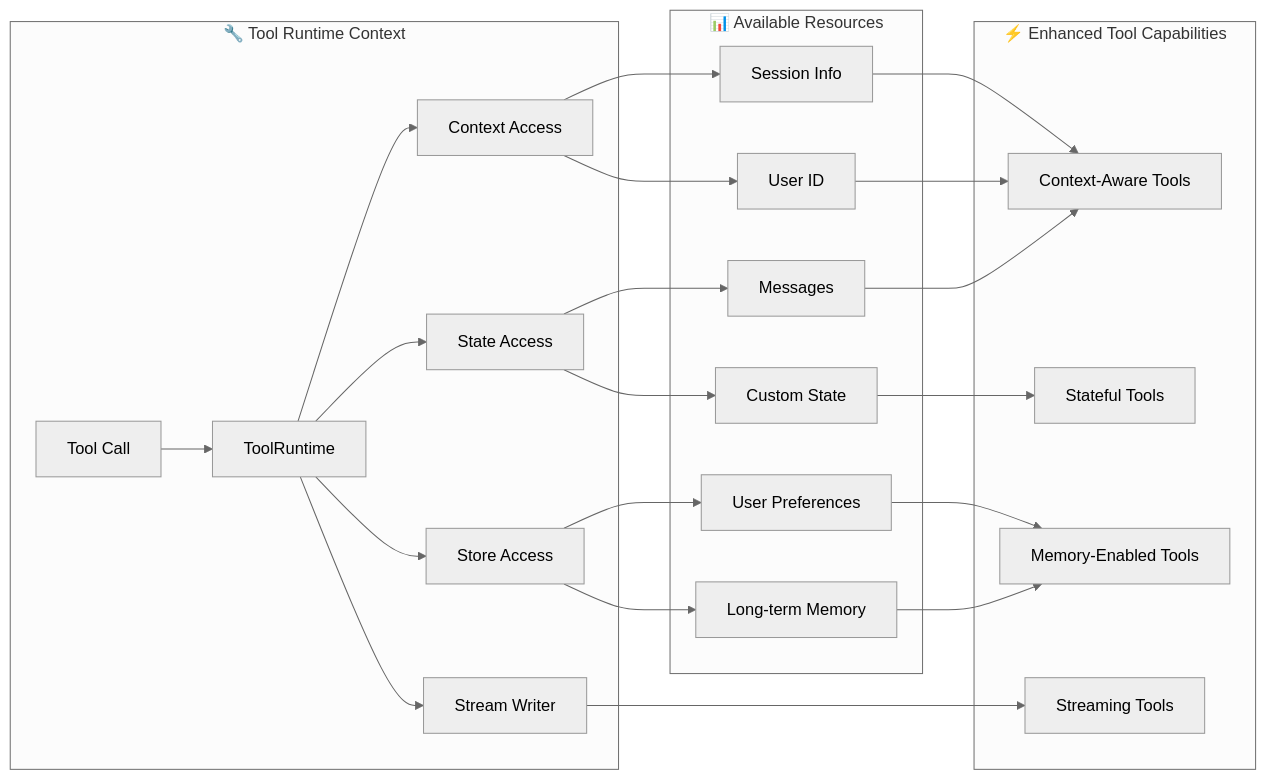
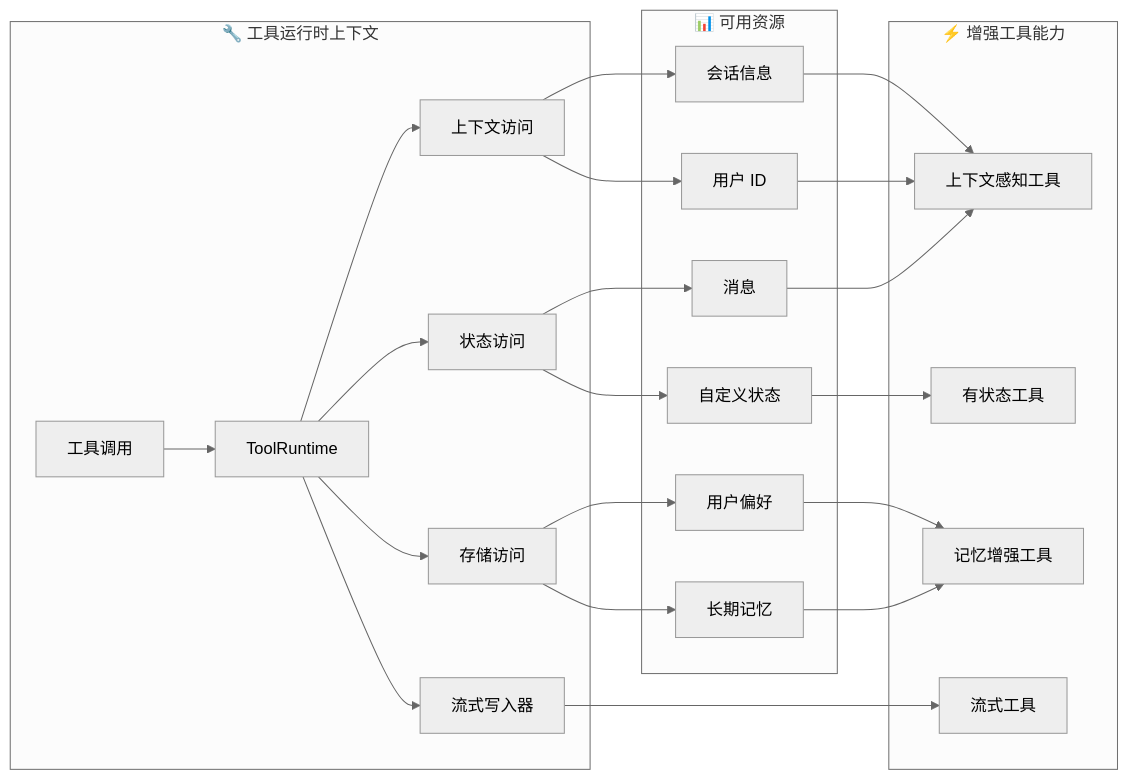
Before and after one commit to kunfan96/cndocs-langchain: the diagram in oss/python/langchain/tools.mdx, drawn with Mermaid (neutral theme). The commit also changed other lines of this file and 1450 other files, not shown here.

````diff
--- a/oss/python/langchain/tools.mdx
+++ b/oss/python/langchain/tools.mdx
@@ -152,38 +152,38 @@
 ```mermaid
 graph LR
     %% Runtime Context
-    subgraph "🔧 Tool Runtime Context"
-        A[Tool Call] --> B[ToolRuntime]
-        B --> C[State Access]
-        B --> D[Context Access]
-        B --> E[Store Access]
-        B --> F[Stream Writer]
+    subgraph "🔧 工具运行时上下文"
+        A[工具调用] --> B[ToolRuntime]
+        B --> C[状态访问]
+        B --> D[上下文访问]
+        B --> E[存储访问]
+        B --> F[流式写入器]
     end
 
     %% Available Resources
-    subgraph "📊 Available Resources"
-        C --> G[Messages]
-        C --> H[Custom State]
-        D --> I[User ID]
-        D --> J[Session Info]
-        E --> K[Long-term Memory]
-        E --> L[User Preferences]
+    subgraph "📊 可用资源"
+        C --> G[消息]
+        C --> H[自定义状态]
+        D --> I[用户 ID]
+        D --> J[会话信息]
+        E --> K[长期记忆]
+        E --> L[用户偏好]
     end
 
     %% Tool Capabilities
-    subgraph "⚡ Enhanced Tool Capabilities"
-        M[Context-Aware Tools]
-        N[Stateful Tools]
-        O[Memory-Enabled Tools]
-        P[Streaming Tools]
+    subgraph "⚡ 增强工具能力"
+        M[上下文感知工具]
+        N[有状态工具]
+        O[记忆增强工具]
+        P[流式工具]
     end
 
     %% Connections
     G --> M
     H --> N
     I --> M
     J --> M
     K --> O
     L --> O
     F --> P
 ```
````
